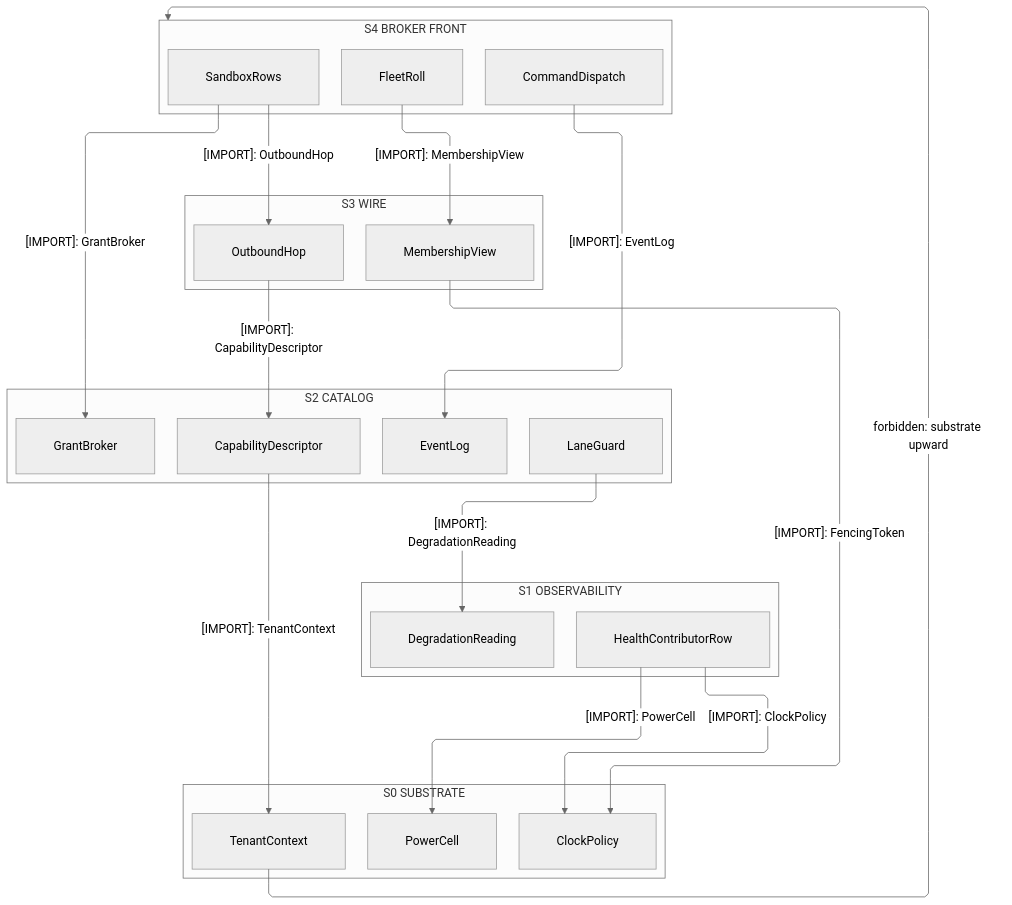
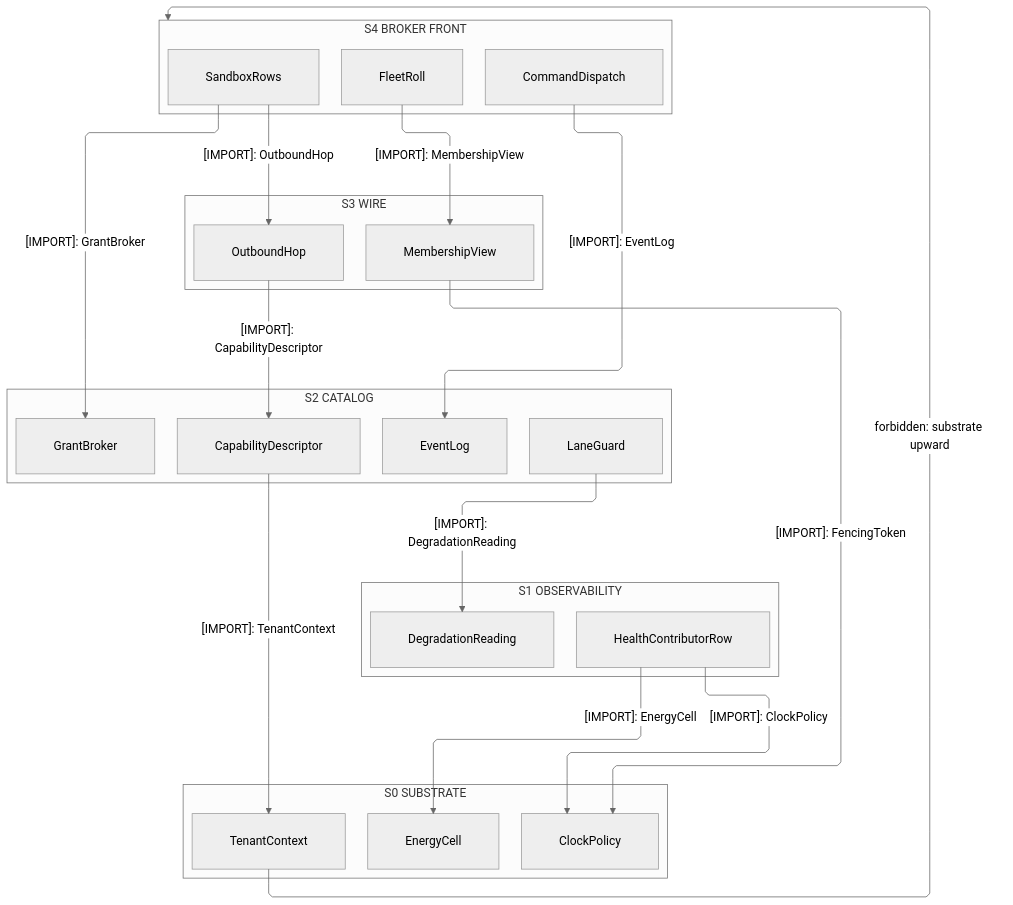
Before and after one commit to bsamiee/Rasm: the first of 4 diagrams in libs/csharp/Rasm.AppHost/ARCHITECTURE.md, drawn with Mermaid (neutral theme). The commit also changed other lines of this file and 115 other files, not shown here.

````diff
--- a/libs/csharp/Rasm.AppHost/ARCHITECTURE.md
+++ b/libs/csharp/Rasm.AppHost/ARCHITECTURE.md
@@ -66,47 +70,47 @@
 ```mermaid
 ---
 config:
   layout: elk
   flowchart:
     curve: linear
     padding: 25
 ---
 flowchart TB
     accTitle: AppHost interior strata
-    accDescr: Five stacked strata from the broker front through wire delivery and the capability catalog onto the observability grade and the runtime substrate, every consumption edge pointing downward and naming one sourced type, and one forbidden upward edge.
+    accDescr: Interior strata from the broker front down to the runtime substrate, every consumption edge downward.
     subgraph S4["S4 BROKER FRONT"]
         Isolation[SandboxRows]
         Roll[FleetRoll]
         Dispatch[CommandDispatch]
     end
     subgraph S3["S3 WIRE"]
         Outbound[OutboundHop]
         Membership[MembershipView]
     end
     subgraph S2["S2 CATALOG"]
         Capability[CapabilityDescriptor]
         Broker[GrantBroker]
         Log[EventLog]
         LaneGuard[LaneGuard]
     end
     subgraph S1["S1 OBSERVABILITY"]
         Health[HealthContributorRow]
         Reading[DegradationReading]
     end
     subgraph S0["S0 SUBSTRATE"]
         Tenant[TenantContext]
         Clock[ClockPolicy]
-        Power[PowerCell]
+        Power[EnergyCell]
     end
-    Dispatch -->|"[IMPORT]: EventLog"| Log
-    Isolation -->|"[IMPORT]: GrantBroker"| Broker
-    Isolation -->|"[IMPORT]: OutboundHop"| Outbound
-    Roll -->|"[IMPORT]: MembershipView"| Membership
-    Outbound -->|"[IMPORT]: CapabilityDescriptor"| Capability
-    Membership -->|"[IMPORT]: FencingToken"| Clock
-    LaneGuard -->|"[IMPORT]: DegradationReading"| Reading
-    Capability -->|"[IMPORT]: TenantContext"| Tenant
-    Health -->|"[IMPORT]: ClockPolicy"| Clock
-    Health -->|"[IMPORT]: PowerCell"| Power
-    Tenant -->|"forbidden: substrate upward"| S4
+    Dispatch e1@-->|"[IMPORT]: EventLog"| Log
+    Isolation e2@-->|"[IMPORT]: GrantBroker"| Broker
+    Isolation e3@-->|"[IMPORT]: OutboundHop"| Outbound
+    Roll e4@-->|"[IMPORT]: MembershipView"| Membership
+    Outbound e5@-->|"[IMPORT]: CapabilityDescriptor"| Capability
+    Membership e6@-->|"[IMPORT]: FencingToken"| Clock
+    LaneGuard e7@-->|"[IMPORT]: DegradationReading"| Reading
+    Capability e8@-->|"[IMPORT]: TenantContext"| Tenant
+    Health e9@-->|"[IMPORT]: ClockPolicy"| Clock
+    Health e10@-->|"[IMPORT]: EnergyCell"| Power
+    Tenant f1@-->|"forbidden: substrate upward"| S4
 ```
````
